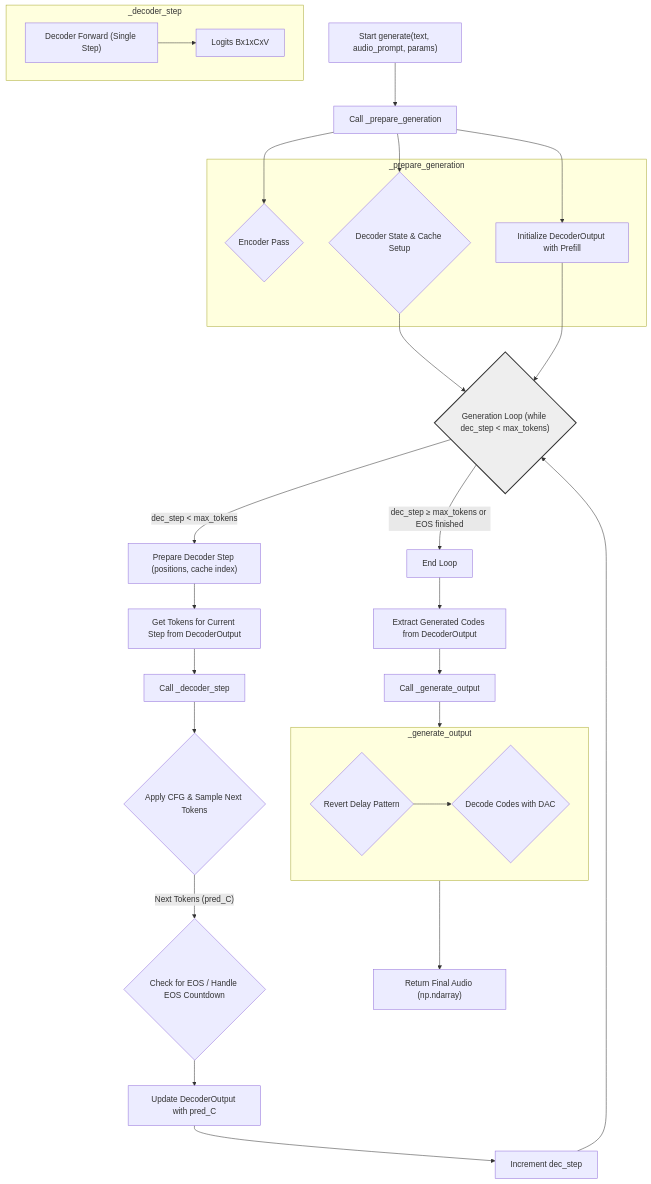
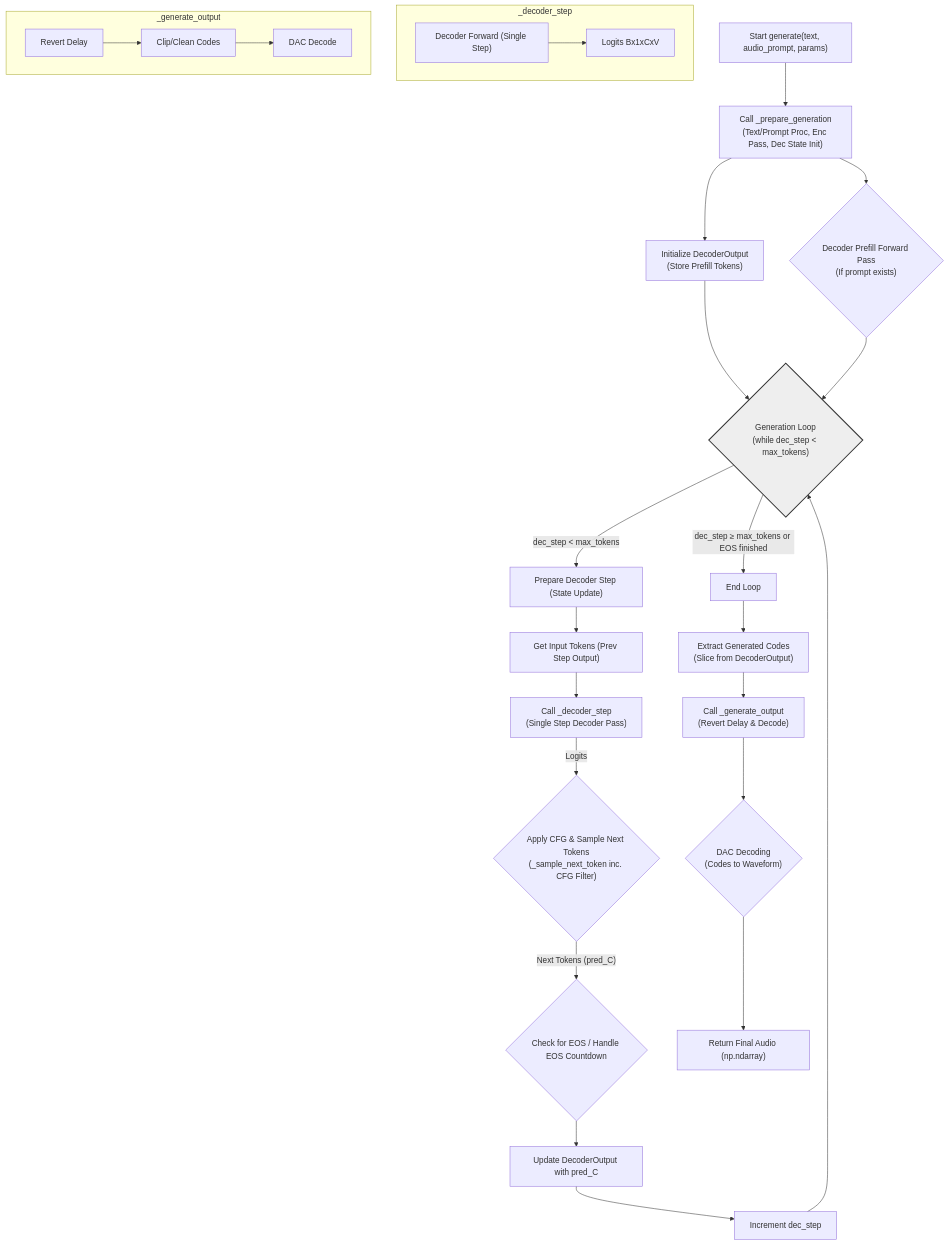
One commit to obinnaokechukwu/dia-explained changed the sixth of 7 diagrams in README.md. Above: the diagram before and after it, drawn with Mermaid. The commit also changed other lines of this file, not shown here.

````diff
--- a/README.md
+++ b/README.md
@@ -1094,46 +859,38 @@
 ```mermaid
 graph TD
-  Start["Start generate(text, audio_prompt, params)"] --> PrepGen["Call _prepare_generation"]
-  PrepGen --> EncPass{"Encoder Pass"}
-  PrepGen --> DecSetup{"Decoder State & Cache Setup"}
-  PrepGen --> InitOutput["Initialize DecoderOutput with Prefill"]
+  Start["Start generate(text, audio_prompt, params)"] --> PrepGen["Call _prepare_generation\n(Text/Prompt Proc, Enc Pass, Dec State Init)"]
 
-  DecSetup --> Loop{"Generation Loop (while dec_step < max_tokens)"}
-  InitOutput --> Loop
+  PrepGen --> InitOutput["Initialize DecoderOutput\n(Store Prefill Tokens)"]
+  PrepGen --> DecPrefill{"Decoder Prefill Forward Pass\n(If prompt exists)"}
 
-  Loop -- "dec_step < max_tokens" --> StepPrep["Prepare Decoder Step (positions, cache index)"]
-  StepPrep --> GetTokens["Get Tokens for Current Step from DecoderOutput"]
-  GetTokens --> DecStep["Call _decoder_step"]
-  DecStep --> Sampling{"Apply CFG & Sample Next Tokens"}
+  InitOutput --> Loop{"Generation Loop\n(while dec_step < max_tokens)"}
+  DecPrefill --> Loop
+
+  Loop -- "dec_step < max_tokens" --> StepPrep["Prepare Decoder Step (State Update)"]
+  StepPrep --> GetTokens["Get Input Tokens (Prev Step Output)"]
+  GetTokens --> DecStep["Call _decoder_step\n(Single Step Decoder Pass)"]
+  DecStep -- Logits --> Sampling{"Apply CFG & Sample Next Tokens\n(_sample_next_token inc. CFG Filter)"}
   Sampling -- "Next Tokens (pred_C)" --> EOSCheck{"Check for EOS / Handle EOS Countdown"}
   EOSCheck --> UpdateOutput["Update DecoderOutput with pred_C"]
   UpdateOutput --> Increment["Increment dec_step"]
   Increment --> Loop
 
   Loop -- "dec_step ≥ max_tokens or EOS finished" --> EndLoop["End Loop"]
-  EndLoop --> GetGenerated["Extract Generated Codes from DecoderOutput"]
-  GetGenerated --> GenOutput["Call _generate_output"]
-  GenOutput --> RevertDelay{"Revert Delay Pattern"}
-  RevertDelay --> DACDecode{"Decode Codes with DAC"}
+  EndLoop --> GetGenerated["Extract Generated Codes\n(Slice from DecoderOutput)"]
+  GetGenerated --> GenOutput["Call _generate_output\n(Revert Delay & Decode)"]
+  GenOutput --> DACDecode{"DAC Decoding\n(Codes to Waveform)"}
   DACDecode --> AudioOut["Return Final Audio (np.ndarray)"]
 
-  subgraph "_prepare_generation"
-    EncPass
-    DecSetup
-    InitOutput
-  end
-
   subgraph "_decoder_step"
-    direction LR
-    DecFwd["Decoder Forward (Single Step)"] --> LogitsOut["Logits Bx1xCxV"]
+     direction LR
+     DecFwd["Decoder Forward (Single Step)"] --> LogitsOut["Logits Bx1xCxV"]
   end
 
   subgraph "_generate_output"
-    direction LR
-    RevertDelay
-    DACDecode
+      direction LR
+      RevertD["Revert Delay"] --> ClipCodes["Clip/Clean Codes"] --> DACDec["DAC Decode"]
   end
 
+
   style Loop fill:#eee,stroke:#333,stroke-width:2px
-
 ```
````
